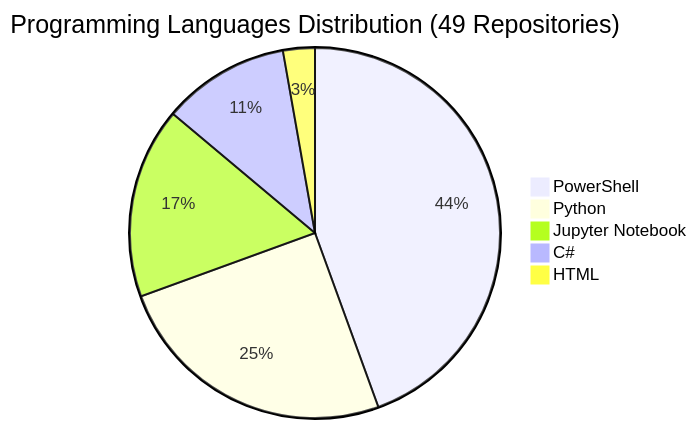
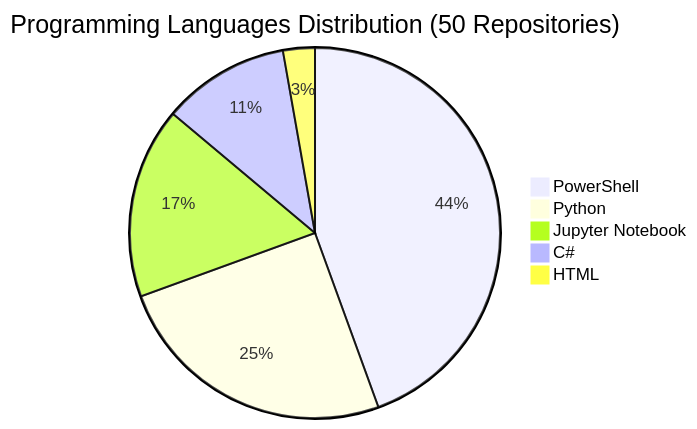
The diagram in REPOS.md (fabioc-aloha/fabioc-aloha), drawn with Mermaid before and after one commit. The commit also changed other lines of this file and 1 other file, not shown here.

````diff
--- a/REPOS.md
+++ b/REPOS.md
@@ -127,8 +128,8 @@
 ```mermaid
-pie title Programming Languages Distribution (49 Repositories)
+pie title Programming Languages Distribution (50 Repositories)
     "PowerShell" : 16
     "Python" : 9
     "Jupyter Notebook" : 6
     "C#" : 4
     "HTML" : 1
 ```
````
